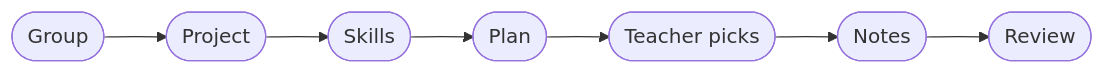
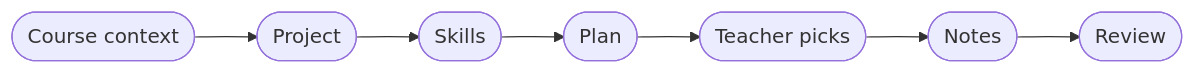
The diagram in teach-them/SKILL.md (Gummyy/teach-me-plugin), drawn with Mermaid before and after one commit. The commit also changed other lines of this file and 2 other files, not shown here.

First line of the commit message:
feature: teach-them plans a 10-day course, half of it in autonomy

````diff
--- a/teach-them/SKILL.md
+++ b/teach-them/SKILL.md
@@ -39,4 +51,4 @@
 ```mermaid
 flowchart LR
-	Group([Group]) --> Project([Project]) --> Skills([Skills]) --> Plan([Plan]) --> Pick([Teacher picks]) --> Notes([Notes]) --> Review([Review])
+	context([Course context]) --> Project([Project]) --> Skills([Skills]) --> Plan([Plan]) --> Pick([Teacher picks]) --> Notes([Notes]) --> Review([Review])
 ```
````
